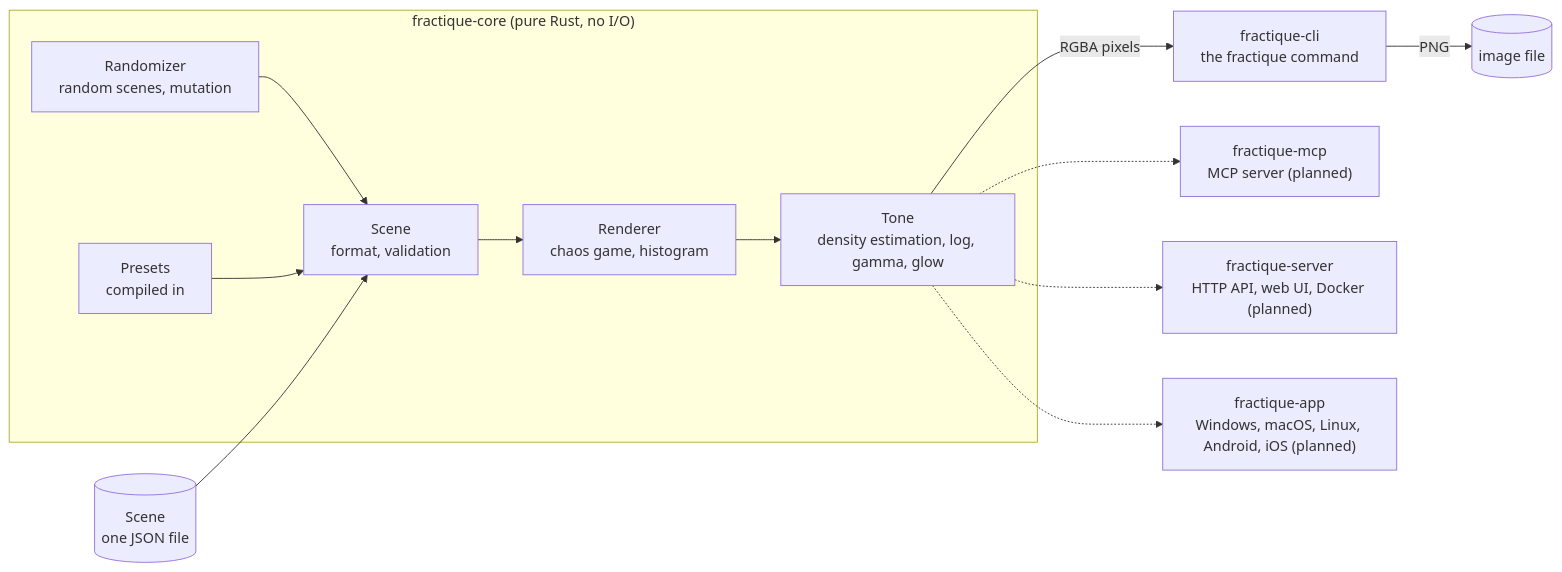
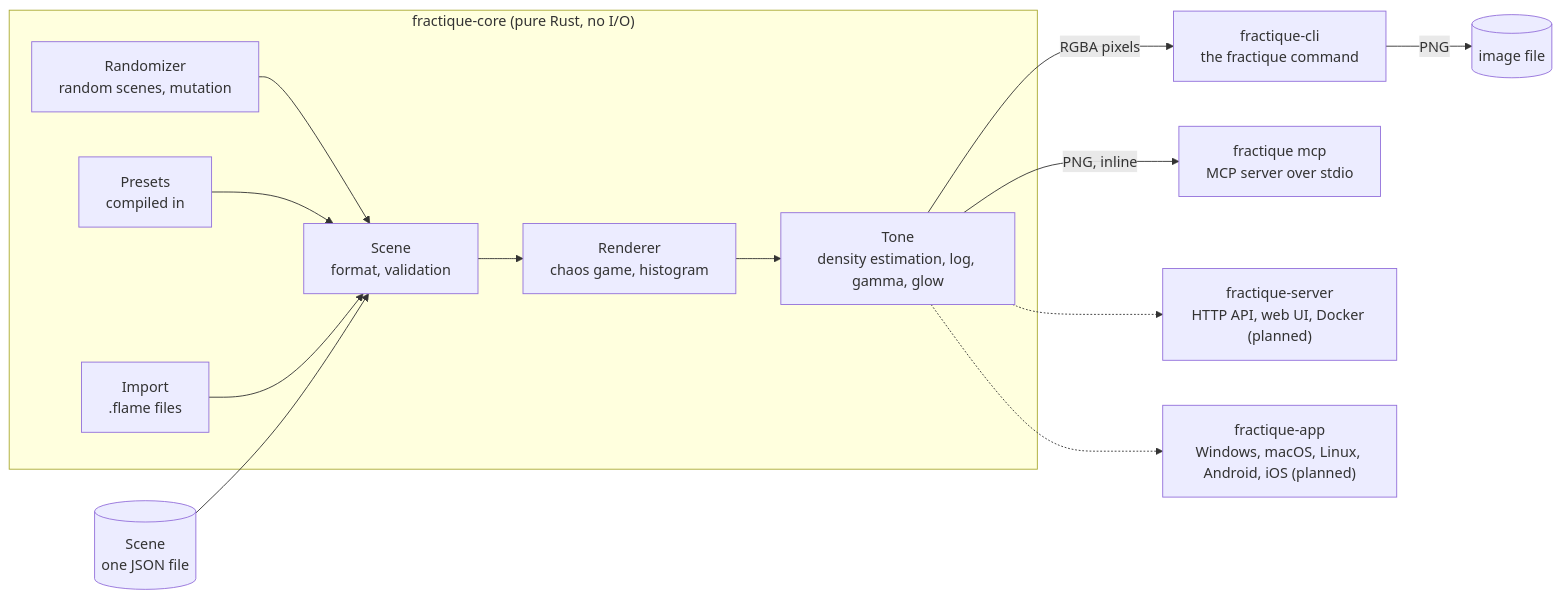
Before and after one commit to tarpetos/fractique: the first of 2 diagrams in docs/architecture.md, drawn with Mermaid. The commit also changed other lines of this file and 19 other files, not shown here.

First line of the commit message:
feat: add the .flame import and the MCP server

````diff
--- a/docs/architecture.md
+++ b/docs/architecture.md
@@ -9,27 +9,29 @@
 ```mermaid
 flowchart LR
     SCENE[("Scene<br/>one JSON file")]
 
     subgraph CORE["fractique-core (pure Rust, no I/O)"]
         VAL["Scene<br/>format, validation"]
         RND["Randomizer<br/>random scenes, mutation"]
         PRE["Presets<br/>compiled in"]
+        IMP["Import<br/>.flame files"]
         REN["Renderer<br/>chaos game, histogram"]
         TON["Tone<br/>density estimation, log, gamma, glow"]
         VAL --> REN --> TON
         RND --> VAL
         PRE --> VAL
+        IMP --> VAL
     end
 
     CLI["fractique-cli<br/>the fractique command"]
-    MCP["fractique-mcp<br/>MCP server (planned)"]
+    MCP["fractique mcp<br/>MCP server over stdio"]
     SRV["fractique-server<br/>HTTP API, web UI, Docker (planned)"]
     APP["fractique-app<br/>Windows, macOS, Linux, Android, iOS (planned)"]
 
     SCENE --> VAL
     TON -- "RGBA pixels" --> CLI
-    TON -.-> MCP
+    TON -- "PNG, inline" --> MCP
     TON -.-> SRV
     TON -.-> APP
     CLI -- "PNG" --> OUT[("image file")]
 ```
````
